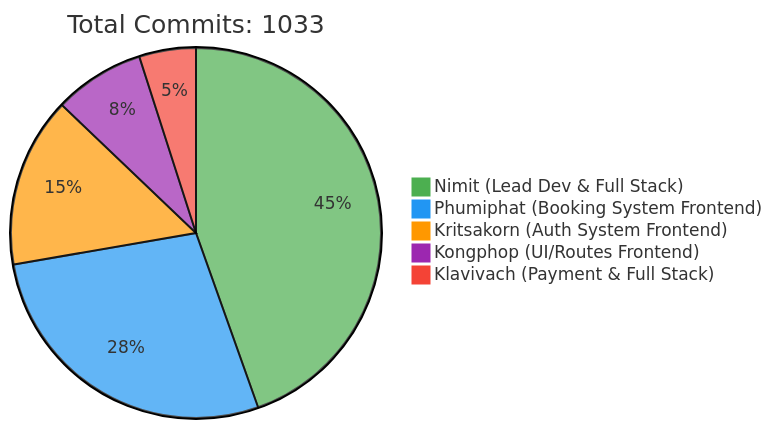
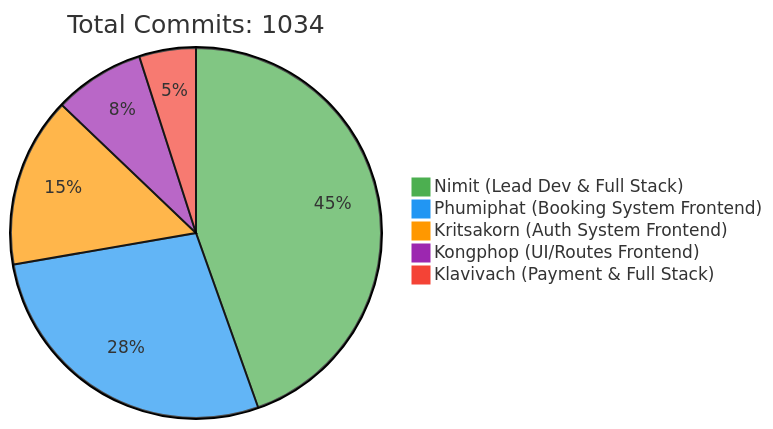
Before and after one commit to 6531503042/Sport-Complex: the first of 2 diagrams in README.md, drawn with Mermaid. The commit also changed other lines of this file, not shown here.

Commit message:
docs: Update contributor statistics [skip ci]

````diff
--- a/README.md
+++ b/README.md
@@ -240,10 +240,10 @@
 ```mermaid
 %%{init: {'theme': 'base', 'themeVariables': { 'pie1': '#4CAF50', 'pie2': '#2196F3', 'pie3': '#FF9800', 'pie4': '#9C27B0', 'pie5': '#F44336'}}}%%
 pie
-    title Total Commits: 1033
+    title Total Commits: 1034
     "Nimit (Lead Dev & Full Stack)" : 450
     "Phumiphat (Booking System Frontend)" : 280
     "Kritsakorn (Auth System Frontend)" : 150
     "Kongphop (UI/Routes Frontend)" : 80
     "Klavivach (Payment & Full Stack)" : 50
 ```
````
